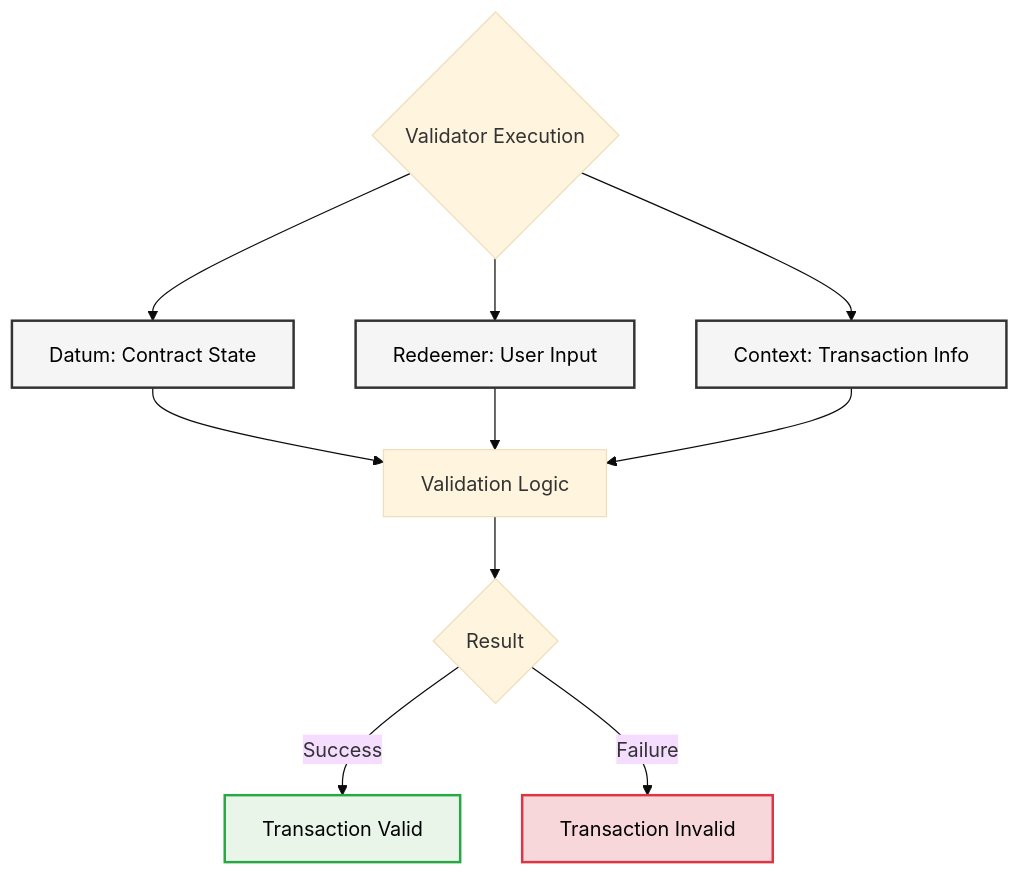
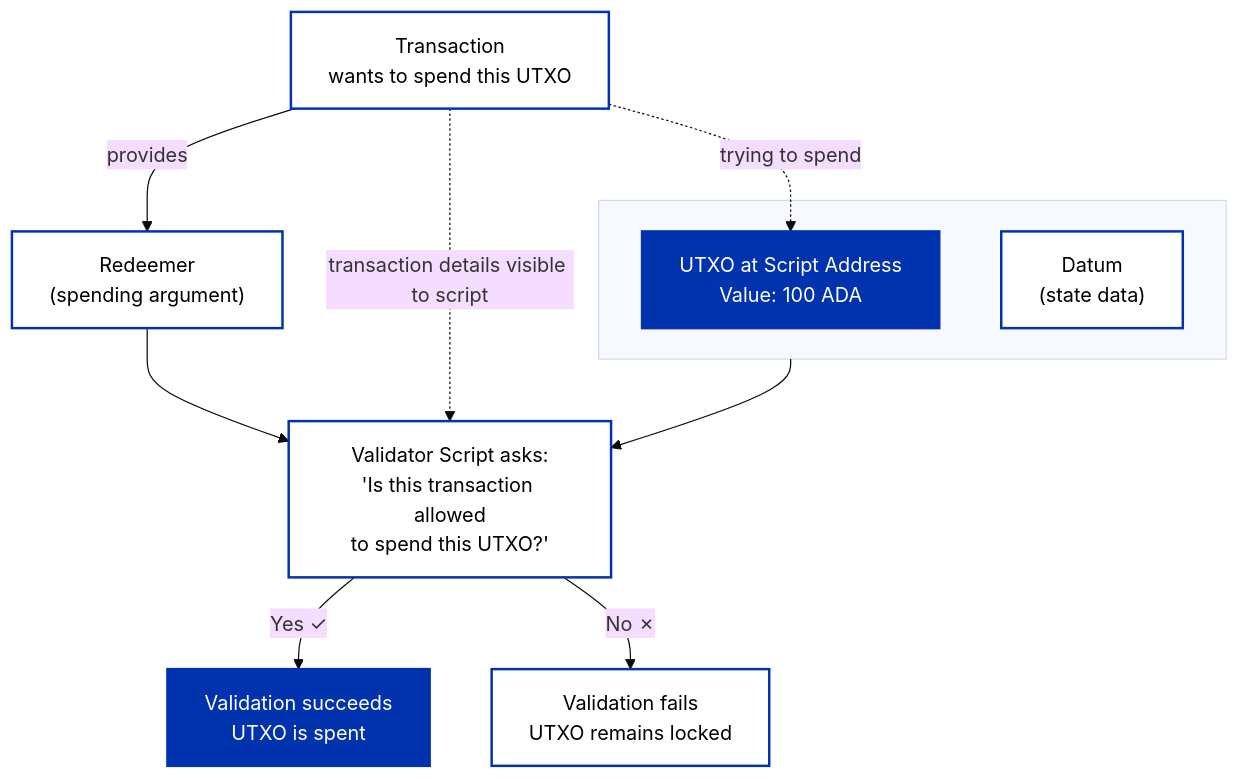
The first of 2 diagrams in docs/smart-contracts/overview.md (cardano-foundation/developer-portal), drawn with Mermaid (base theme) before and after one commit. The commit also changed other lines of this file and 96 other files, not shown here.

````diff
--- a/docs/smart-contracts/overview.md
+++ b/docs/smart-contracts/overview.md
@@ -73,19 +73,29 @@
 ```mermaid
-flowchart TD
-    B{Validator Execution}
-    B --> C[Datum: Contract State]
-    B --> D[Redeemer: User Input]
-    B --> E[Context: Transaction Info]
-    C --> F[Validation Logic]
-    D --> F
-    E --> F
-    F --> G{Result}
-    G -->|Success| H[Transaction Valid]
-    G -->|Failure| I[Transaction Invalid]
+graph TB
+    subgraph LOCKED[" "]
+        UTXO["UTXO at Script Address<br/>Value: 100 ADA"]
+        DATUM["Datum<br/>(state data)"]
+    end
 
-    style C fill:#f5f5f5,stroke:#333,stroke-width:2px,color:#000
-    style D fill:#f5f5f5,stroke:#333,stroke-width:2px,color:#000
-    style E fill:#f5f5f5,stroke:#333,stroke-width:2px,color:#000
-    style H fill:#e8f5e8,stroke:#28a745,stroke-width:2px,color:#000
-    style I fill:#f8d7da,stroke:#dc3545,stroke-width:2px,color:#000
+    TX["Transaction<br/>wants to spend this UTXO"]
+
+    TX -.->|"trying to spend"| UTXO
+    TX -->|"provides"| REDEEMER["Redeemer<br/>(spending argument)"]
+
+    SCRIPT["Validator Script asks:<br/>'Is this transaction allowed<br/>to spend this UTXO?'"]
+
+    LOCKED --> SCRIPT
+    REDEEMER --> SCRIPT
+    TX -.->|"transaction details visible to script"| SCRIPT
+
+    SCRIPT -->|"Yes ✓"| APPROVED["Validation succeeds<br/>UTXO is spent"]
+    SCRIPT -->|"No ✗"| REJECTED["Validation fails<br/>UTXO remains locked"]
+
+    style UTXO fill:#0033AD,stroke:#0033AD,stroke-width:2px,color:#FFFFFF
+    style DATUM fill:#FFFFFF,stroke:#0033AD,stroke-width:2px,color:#000000
+    style TX fill:#FFFFFF,stroke:#0033AD,stroke-width:2px,color:#000000
+    style REDEEMER fill:#FFFFFF,stroke:#0033AD,stroke-width:2px,color:#000000
+    style SCRIPT fill:#FFFFFF,stroke:#0033AD,stroke-width:2px,color:#000000
+    style APPROVED fill:#0033AD,stroke:#0033AD,stroke-width:2px,color:#FFFFFF
+    style REJECTED fill:#FFFFFF,stroke:#0033AD,stroke-width:2px,color:#000000
 ```
````
